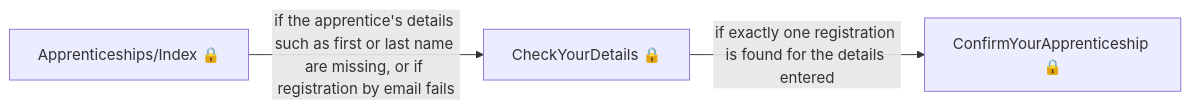
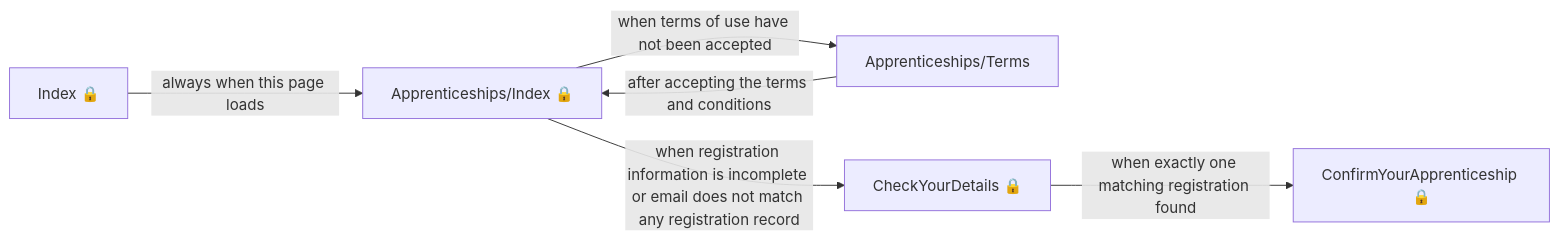
One commit to talentconsulting/atlas-dfe changed the fourth of 7 diagrams in das-apprentice-commitments-web/user-journeys/user-journeys.md. Above: the diagram before and after it, drawn with Mermaid. The commit also changed other lines of this file and 36 other files, not shown here.

````diff
--- a/das-apprentice-commitments-web/user-journeys/user-journeys.md
+++ b/das-apprentice-commitments-web/user-journeys/user-journeys.md
@@ -51,5 +40,8 @@
 ```mermaid
 flowchart LR
-  p0["Apprenticeships/Index 🔒"] -->|"if the apprentice's details such as first or last name are missing, or if registration by email fails"| p1["CheckYourDetails 🔒"]
-  p1["CheckYourDetails 🔒"] -->|"if exactly one registration is found for the details entered"| p2["ConfirmYourApprenticeship 🔒"]
+  p0["Index 🔒"] -->|"always when this page loads"| p1["Apprenticeships/Index 🔒"]
+  p1["Apprenticeships/Index 🔒"] -->|"when terms of use have not been accepted"| p2["Apprenticeships/Terms"]
+  p2["Apprenticeships/Terms"] -->|"after accepting the terms and conditions"| p1["Apprenticeships/Index 🔒"]
+  p1["Apprenticeships/Index 🔒"] -->|"when registration information is incomplete or email does not match any registration record"| p3["CheckYourDetails 🔒"]
+  p3["CheckYourDetails 🔒"] -->|"when exactly one matching registration found"| p4["ConfirmYourApprenticeship 🔒"]
 ```
````
